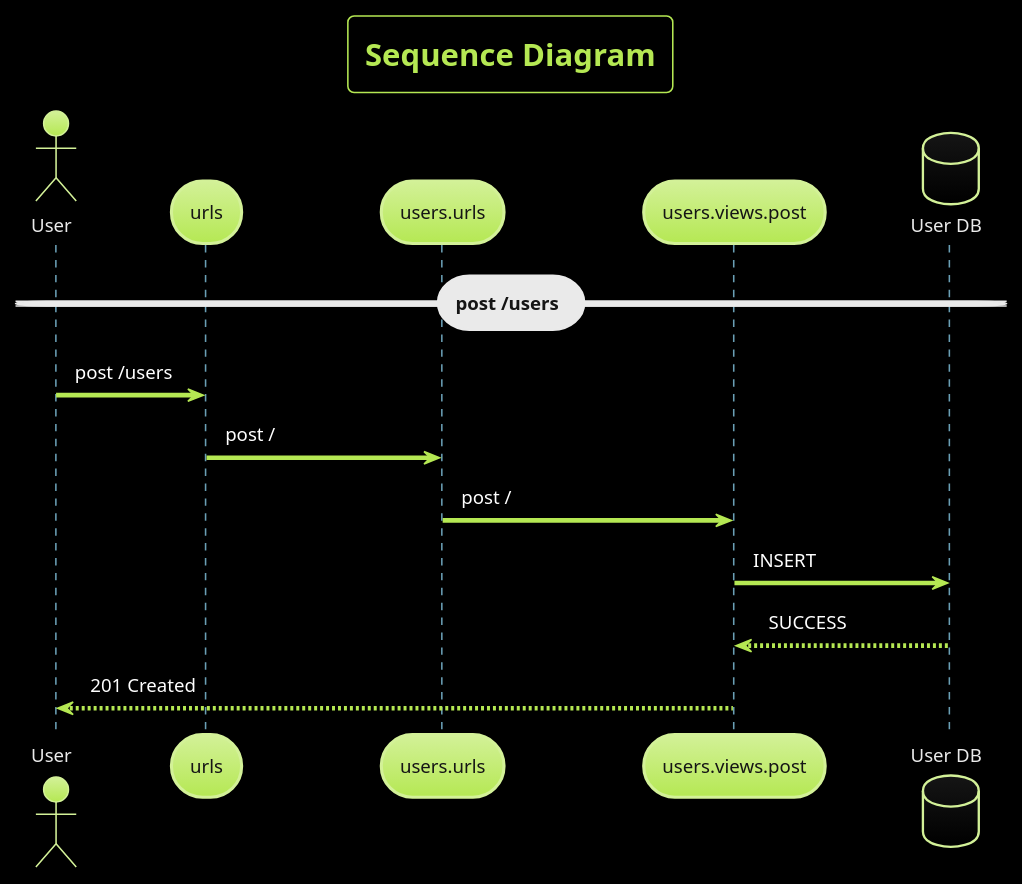
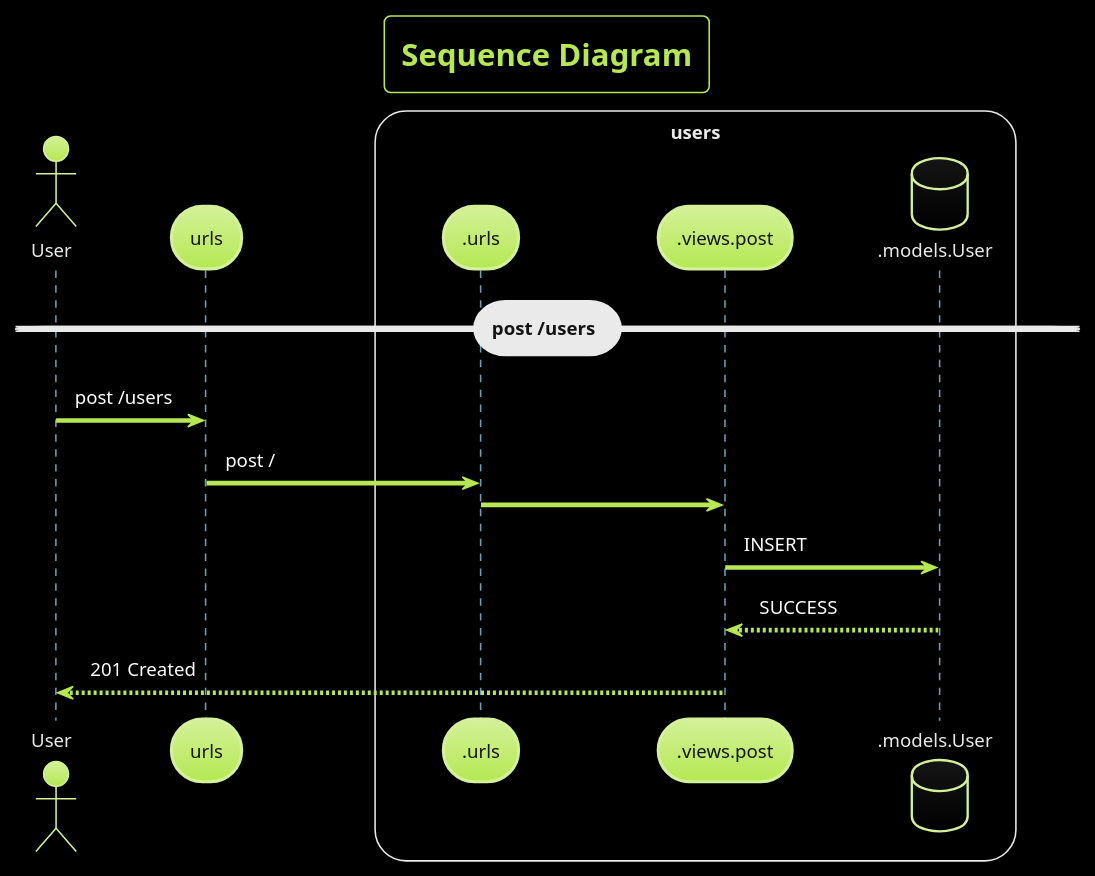
Before and after one commit to AdityaShenoy/FlipCart: the second of 5 diagrams in design.plantuml, drawn with PlantUML. The commit also changed other lines of this file, not shown here.

```diff
--- a/design.plantuml
+++ b/design.plantuml
@@ -27,20 +27,21 @@
 @startuml 2
 
     !theme hacker
     skinparam BackgroundColor black
     title "Sequence Diagram"
 
     actor User
     participant urls
-    participant users.urls
-    participant users.views.post
-    database "User DB"
+    box users
+    participant .urls
+    participant .views.post
+    database .models.User
 
     == post /users ==
-    User             ->  urls             : post /users
-    urls             ->  users.urls       : post /
-    users.urls       ->  users.views.post : post /
-    users.views.post ->  "User DB"        : INSERT
-    users.views.post <-- "User DB"        : SUCCESS
-    User             <-- users.views.post : 201 Created
+    User        ->   urls        : post /users
+    urls        ->  .urls        : post /
+    .urls       ->  .views.post  :
+    .views.post ->  .models.User : INSERT
+    .views.post <-- .models.User : SUCCESS
+    User        <-- .views.post  : 201 Created
 @enduml
```
